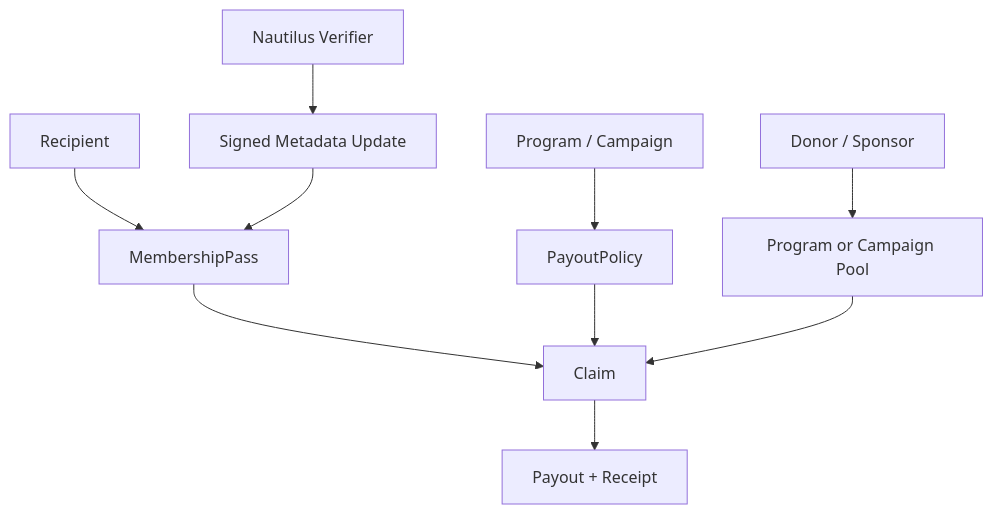
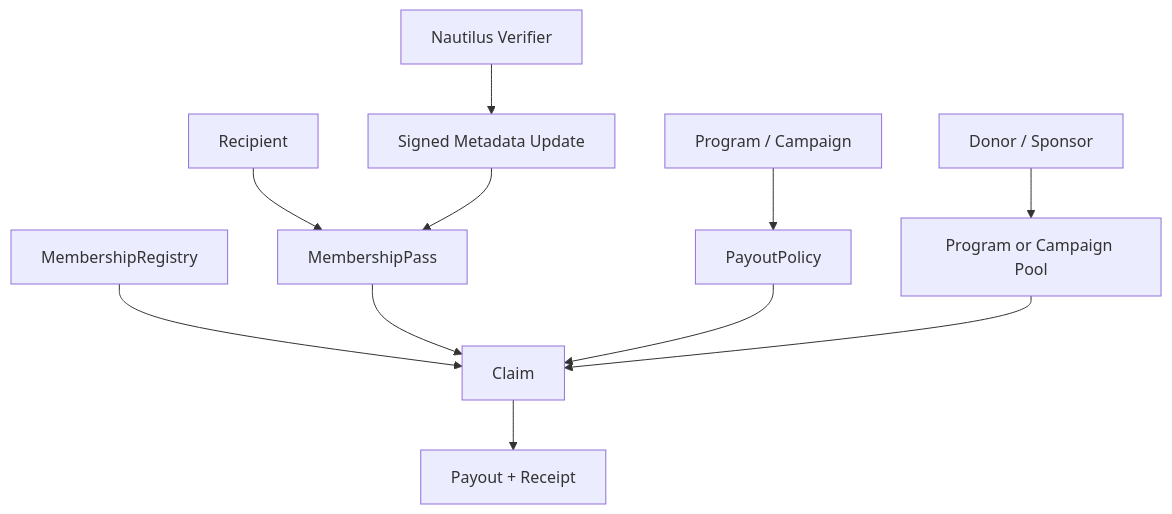
The first of 2 diagrams in contracts/spec.md (UnagiLabs/Sonari), drawn with Mermaid before and after one commit. The commit also changed other lines of this file and 1 other file, not shown here.

````diff
--- a/contracts/spec.md
+++ b/contracts/spec.md
@@ -252,12 +301,13 @@
 ```mermaid
 flowchart TD
   Donor[Donor / Sponsor] --> Pool[Program or Campaign Pool]
   User[Recipient] --> Pass[MembershipPass]
+  Registry[MembershipRegistry] --> Claim[Claim]
   Verifier[Nautilus Verifier] --> Metadata[Signed Metadata Update]
   Metadata --> Pass
   Program[Program / Campaign] --> Policy[PayoutPolicy]
   Pass --> Claim[Claim]
   Policy --> Claim
   Pool --> Claim
   Claim --> Payout[Payout + Receipt]
 ```
````
